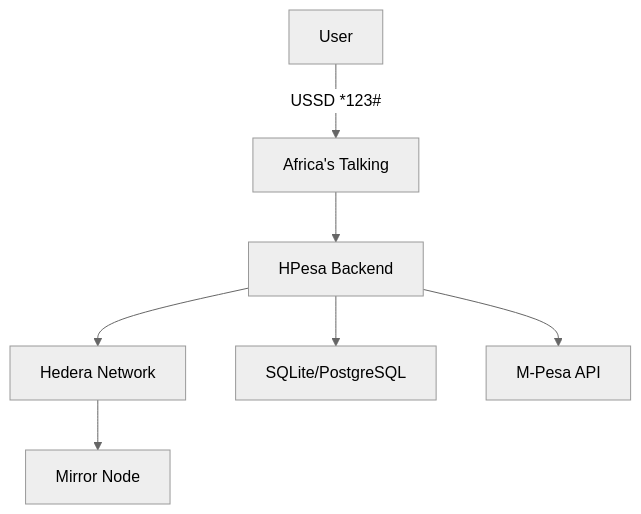
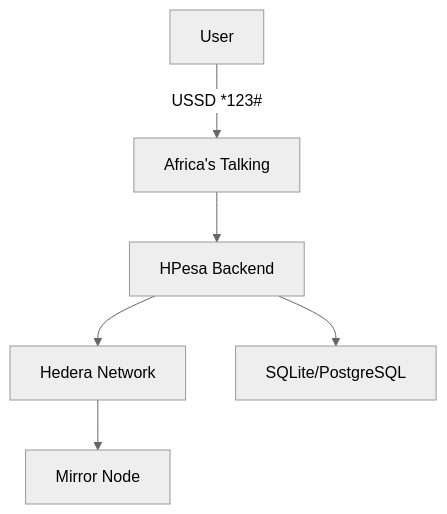
One commit to Modexia-Tech/hflow changed the first of 5 diagrams in docs/ARCHITECTURE.MD. Above: the diagram before and after it, drawn with Mermaid (neutral theme). The commit also changed other lines of this file and 2 other files, not shown here.

````diff
--- a/docs/ARCHITECTURE.MD
+++ b/docs/ARCHITECTURE.MD
@@ -5,9 +4,8 @@
 ```mermaid
 flowchart TD
     A[User] -->|USSD *123#| B[Africa's Talking]
     B --> C[HPesa Backend]
     C --> D[Hedera Network]
     C --> E[SQLite/PostgreSQL]
-    C --> F[M-Pesa API]
-    D --> G[Mirror Node]
+      D --> G[Mirror Node]
 ```
````
